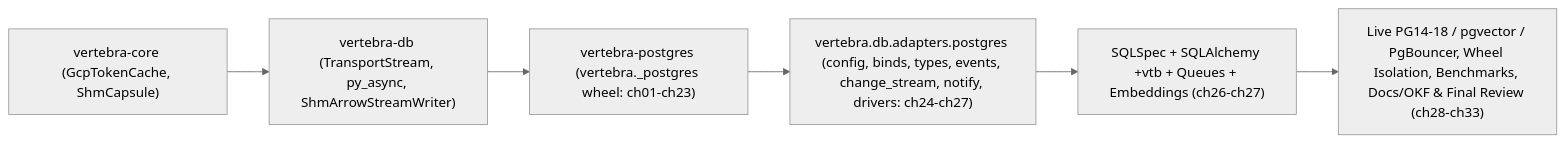
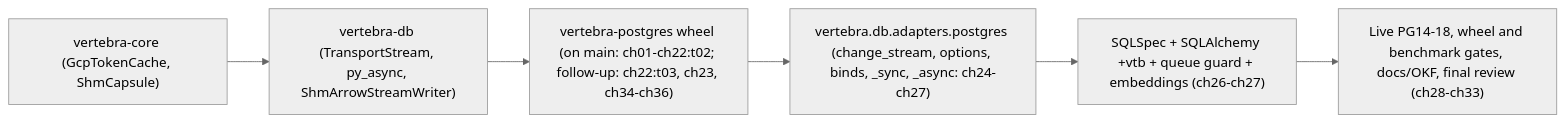
One commit to cofin/vertebra changed the diagram in .agents/bundles/specs/native-postgres-driver/spec.md. Above: the diagram before and after it, drawn with Mermaid (neutral theme). The commit also changed other lines of this file and 487 other files, not shown here.

````diff
--- a/.agents/bundles/specs/native-postgres-driver/spec.md
+++ b/.agents/bundles/specs/native-postgres-driver/spec.md
@@ -204,8 +229,8 @@
 ```mermaid
 flowchart LR
     Core["vertebra-core (GcpTokenCache, ShmCapsule)"] --> Db["vertebra-db (TransportStream, py_async, ShmArrowStreamWriter)"]
-    Db --> PgRs["vertebra-postgres (vertebra._postgres wheel: ch01-ch23)"]
-    PgRs --> PyAdapters["vertebra.db.adapters.postgres (config, binds, types, events, change_stream, notify, drivers: ch24-ch27)"]
-    PyAdapters --> Consumers["SQLSpec + SQLAlchemy +vtb + Queues + Embeddings (ch26-ch27)"]
-    Consumers --> Gates["Live PG14-18 / pgvector / PgBouncer, Wheel Isolation, Benchmarks, Docs/OKF & Final Review (ch28-ch33)"]
+    Db --> PgRs["vertebra-postgres wheel (on main: ch01-ch22:t02; follow-up: ch22:t03, ch23, ch34-ch36)"]
+    PgRs --> PyAdapters["vertebra.db.adapters.postgres (change_stream, options, binds, _sync, _async: ch24-ch27)"]
+    PyAdapters --> Consumers["SQLSpec + SQLAlchemy +vtb + queue guard + embeddings (ch26-ch27)"]
+    Consumers --> Gates["Live PG14-18, wheel and benchmark gates, docs/OKF, final review (ch28-ch33)"]
 ```
````
